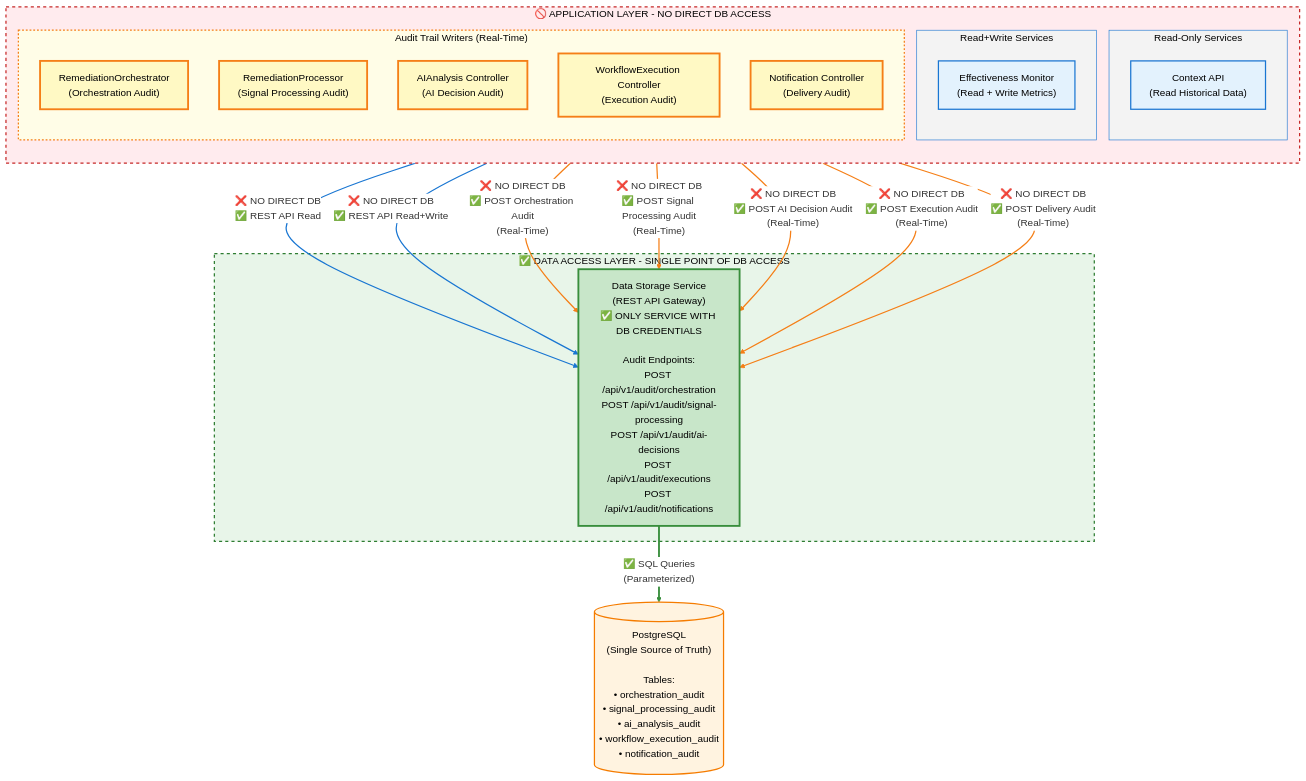
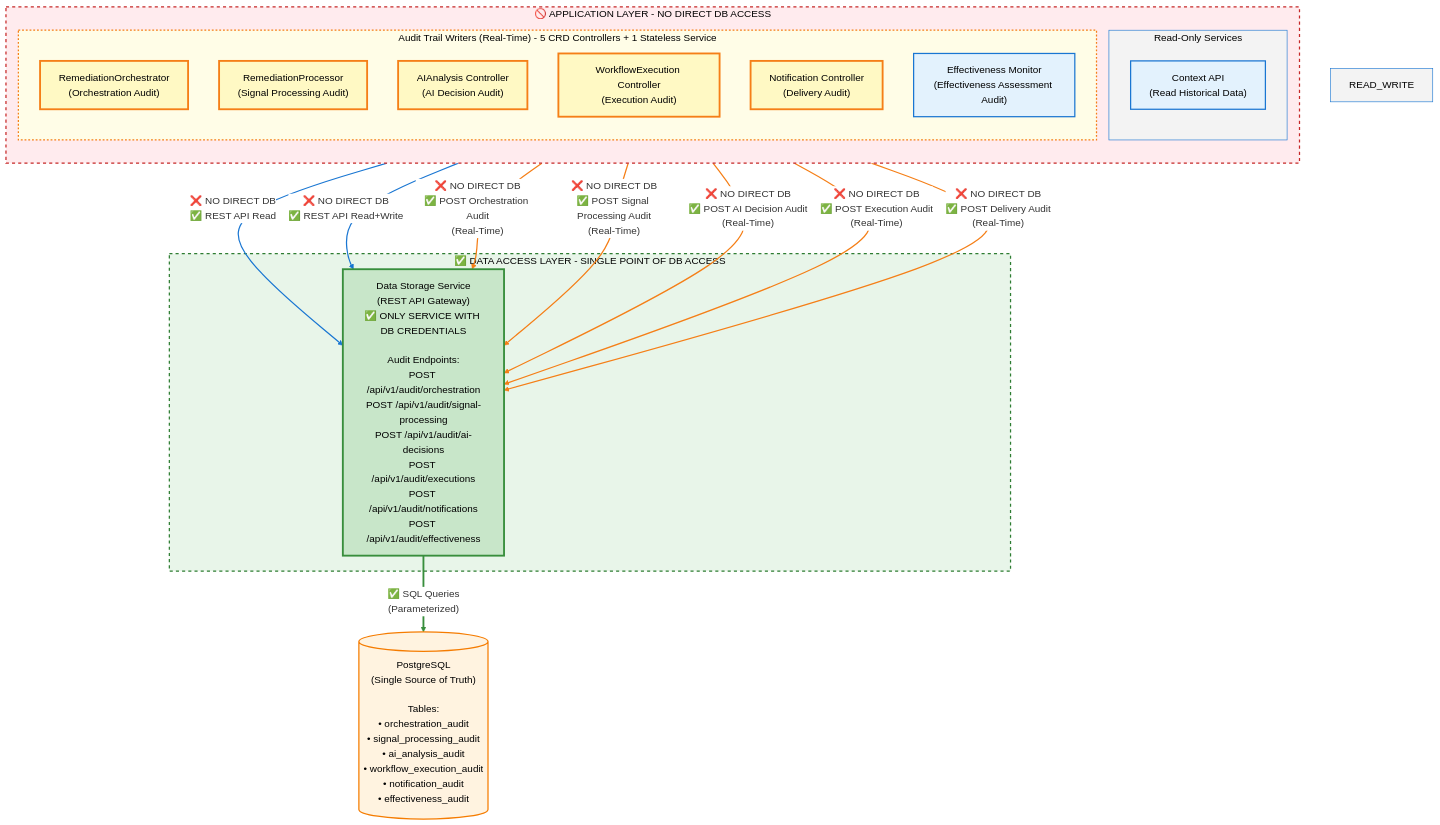
One commit to jordigilh/kubernaut changed the diagram in docs/architecture/decisions/ADR-032-data-access-layer-isolation.md. Above: the diagram before and after it, drawn with Mermaid. The commit also changed other lines of this file and 3 other files, not shown here.

First line of the commit message:
fix: standardize audit endpoint terminology and complete data access layer isolation

````diff
--- a/docs/architecture/decisions/ADR-032-data-access-layer-isolation.md
+++ b/docs/architecture/decisions/ADR-032-data-access-layer-isolation.md
@@ -74,59 +101,57 @@
 ```mermaid
 %%{init: {'theme':'base', 'themeVariables': {'primaryColor':'#e3f2fd', 'lineColor':'#1976d2', 'primaryBorderColor':'#1976d2', 'edgeLabelBackground':'#ffffff'}}}%%
 flowchart TB
     subgraph APPLICATION_LAYER["🚫 APPLICATION LAYER - NO DIRECT DB ACCESS"]
         direction TB
         subgraph READ_ONLY["Read-Only Services"]
             ContextAPI["Context API<br/>(Read Historical Data)"]
         end
-        subgraph READ_WRITE["Read+Write Services"]
-            EffectivenessMonitor["Effectiveness Monitor<br/>(Read + Write Metrics)"]
-        end
-        subgraph AUDIT_WRITERS["Audit Trail Writers (Real-Time)"]
+        subgraph AUDIT_WRITERS["Audit Trail Writers (Real-Time) - 5 CRD Controllers + 1 Stateless Service"]
             RemediationOrch["RemediationOrchestrator<br/>(Orchestration Audit)"]
             RemediationProc["RemediationProcessor<br/>(Signal Processing Audit)"]
             AIAnalysis["AIAnalysis Controller<br/>(AI Decision Audit)"]
             WorkflowExec["WorkflowExecution Controller<br/>(Execution Audit)"]
             Notification["Notification Controller<br/>(Delivery Audit)"]
+            EffectivenessMonitor["Effectiveness Monitor<br/>(Effectiveness Assessment Audit)"]
         end
     end
-    
+
     subgraph DATA_ACCESS_LAYER["✅ DATA ACCESS LAYER - SINGLE POINT OF DB ACCESS"]
-        DataStorage["Data Storage Service<br/>(REST API Gateway)<br/>✅ ONLY SERVICE WITH DB CREDENTIALS<br/><br/>Audit Endpoints:<br/>POST /api/v1/audit/orchestration<br/>POST /api/v1/audit/signal-processing<br/>POST /api/v1/audit/ai-decisions<br/>POST /api/v1/audit/executions<br/>POST /api/v1/audit/notifications"]
+        DataStorage["Data Storage Service<br/>(REST API Gateway)<br/>✅ ONLY SERVICE WITH DB CREDENTIALS<br/><br/>Audit Endpoints:<br/>POST /api/v1/audit/orchestration<br/>POST /api/v1/audit/signal-processing<br/>POST /api/v1/audit/ai-decisions<br/>POST /api/v1/audit/executions<br/>POST /api/v1/audit/notifications<br/>POST /api/v1/audit/effectiveness"]
     end
-    
-    PostgreSQL[("PostgreSQL<br/>(Single Source of Truth)<br/><br/>Tables:<br/>• orchestration_audit<br/>• signal_processing_audit<br/>• ai_analysis_audit<br/>• workflow_execution_audit<br/>• notification_audit")]
-    
+
+    PostgreSQL[("PostgreSQL<br/>(Single Source of Truth)<br/><br/>Tables:<br/>• orchestration_audit<br/>• signal_processing_audit<br/>• ai_analysis_audit<br/>• workflow_execution_audit<br/>• notification_audit<br/>• effectiveness_audit")]
+
     ContextAPI -->|"❌ NO DIRECT DB<br/>✅ REST API Read"| DataStorage
     EffectivenessMonitor -->|"❌ NO DIRECT DB<br/>✅ REST API Read+Write"| DataStorage
     RemediationOrch -->|"❌ NO DIRECT DB<br/>✅ POST Orchestration Audit<br/>(Real-Time)"| DataStorage
     RemediationProc -->|"❌ NO DIRECT DB<br/>✅ POST Signal Processing Audit<br/>(Real-Time)"| DataStorage
     AIAnalysis -->|"❌ NO DIRECT DB<br/>✅ POST AI Decision Audit<br/>(Real-Time)"| DataStorage
     WorkflowExec -->|"❌ NO DIRECT DB<br/>✅ POST Execution Audit<br/>(Real-Time)"| DataStorage
     Notification -->|"❌ NO DIRECT DB<br/>✅ POST Delivery Audit<br/>(Real-Time)"| DataStorage
     DataStorage ==>|"✅ SQL Queries<br/>(Parameterized)"| PostgreSQL
-    
+
     style ContextAPI fill:#e3f2fd,stroke:#1976d2,stroke-width:2px,color:#000
     style EffectivenessMonitor fill:#e3f2fd,stroke:#1976d2,stroke-width:2px,color:#000
     style RemediationOrch fill:#fff9c4,stroke:#f57f17,stroke-width:3px,color:#000
     style RemediationProc fill:#fff9c4,stroke:#f57f17,stroke-width:3px,color:#000
     style AIAnalysis fill:#fff9c4,stroke:#f57f17,stroke-width:3px,color:#000
     style WorkflowExec fill:#fff9c4,stroke:#f57f17,stroke-width:3px,color:#000
     style Notification fill:#fff9c4,stroke:#f57f17,stroke-width:3px,color:#000
     style DataStorage fill:#c8e6c9,stroke:#388e3c,stroke-width:3px,color:#000
     style PostgreSQL fill:#fff3e0,stroke:#f57c00,stroke-width:2px,color:#000
     style APPLICATION_LAYER fill:#ffebee,stroke:#c62828,stroke-width:2px,stroke-dasharray: 5 5,color:#000
     style DATA_ACCESS_LAYER fill:#e8f5e9,stroke:#2e7d32,stroke-width:2px,stroke-dasharray: 5 5,color:#000
     style AUDIT_WRITERS fill:#fffde7,stroke:#f57f17,stroke-width:2px,stroke-dasharray: 3 3,color:#000
     style READ_ONLY fill:#f3f3f3,stroke:#1976d2,stroke-width:1px,color:#000
     style READ_WRITE fill:#f3f3f3,stroke:#1976d2,stroke-width:1px,color:#000
-    
+
     linkStyle 0 stroke:#1976d2,stroke-width:2px
     linkStyle 1 stroke:#1976d2,stroke-width:2px
     linkStyle 2 stroke:#f57f17,stroke-width:2px
     linkStyle 3 stroke:#f57f17,stroke-width:2px
     linkStyle 4 stroke:#f57f17,stroke-width:2px
     linkStyle 5 stroke:#f57f17,stroke-width:2px
     linkStyle 6 stroke:#f57f17,stroke-width:2px
     linkStyle 7 stroke:#388e3c,stroke-width:3px
 ```
````
